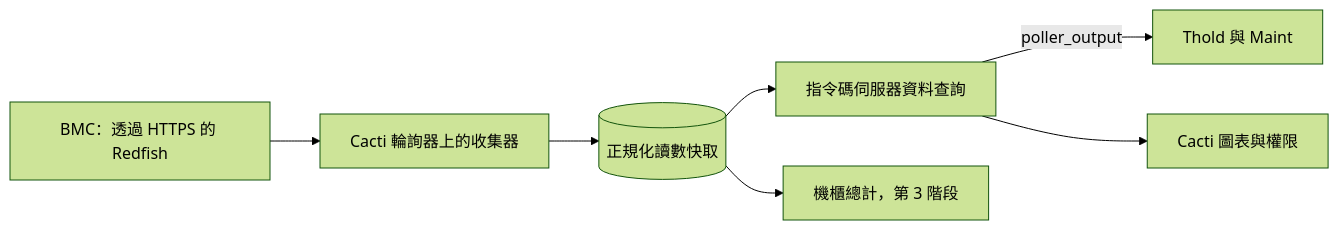
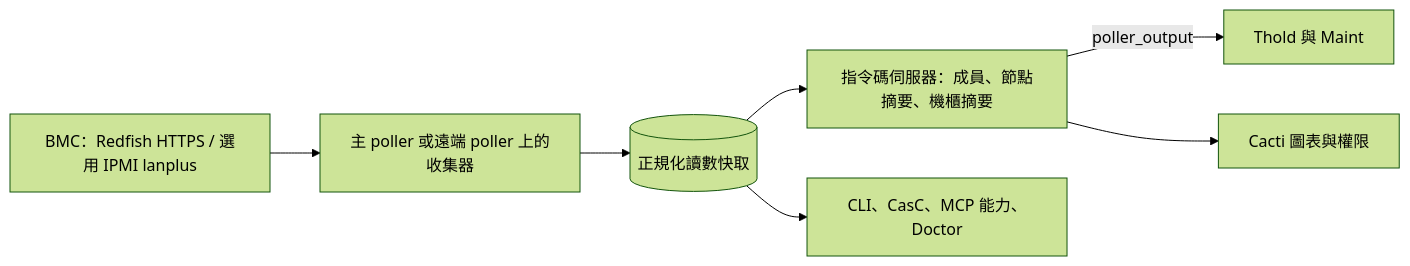
The diagram in docs/i18n/zh-TW/README.md (somethingwithproof/plugin_redfish), drawn with Mermaid (forest theme) before and after one commit. The commit also changed other lines of this file and 47 other files, not shown here.

````diff
--- a/docs/i18n/zh-TW/README.md
+++ b/docs/i18n/zh-TW/README.md
@@ -90,9 +140,9 @@
 ```mermaid
 flowchart LR
-    BMC[BMC：透過 HTTPS 的 Redfish] --> C[Cacti 輪詢器上的收集器]
-    C --> CACHE[(正規化讀數快取)]
-    CACHE --> SS[指令碼伺服器資料查詢]
-    SS -->|poller_output| T[Thold 與 Maint]
-    SS --> G[Cacti 圖表與權限]
-    CACHE --> R[機櫃總計，第 3 階段]
+    BMC["BMC：Redfish HTTPS / 選用 IPMI lanplus"] --> C["主 poller 或遠端 poller 上的收集器"]
+    C --> CACHE[("正規化讀數快取")]
+    CACHE --> SS["指令碼伺服器：成員、節點摘要、機櫃摘要"]
+    SS -->|poller_output| T["Thold 與 Maint"]
+    SS --> G["Cacti 圖表與權限"]
+    CACHE --> ECO["CLI、CasC、MCP 能力、Doctor"]
 ```
````
